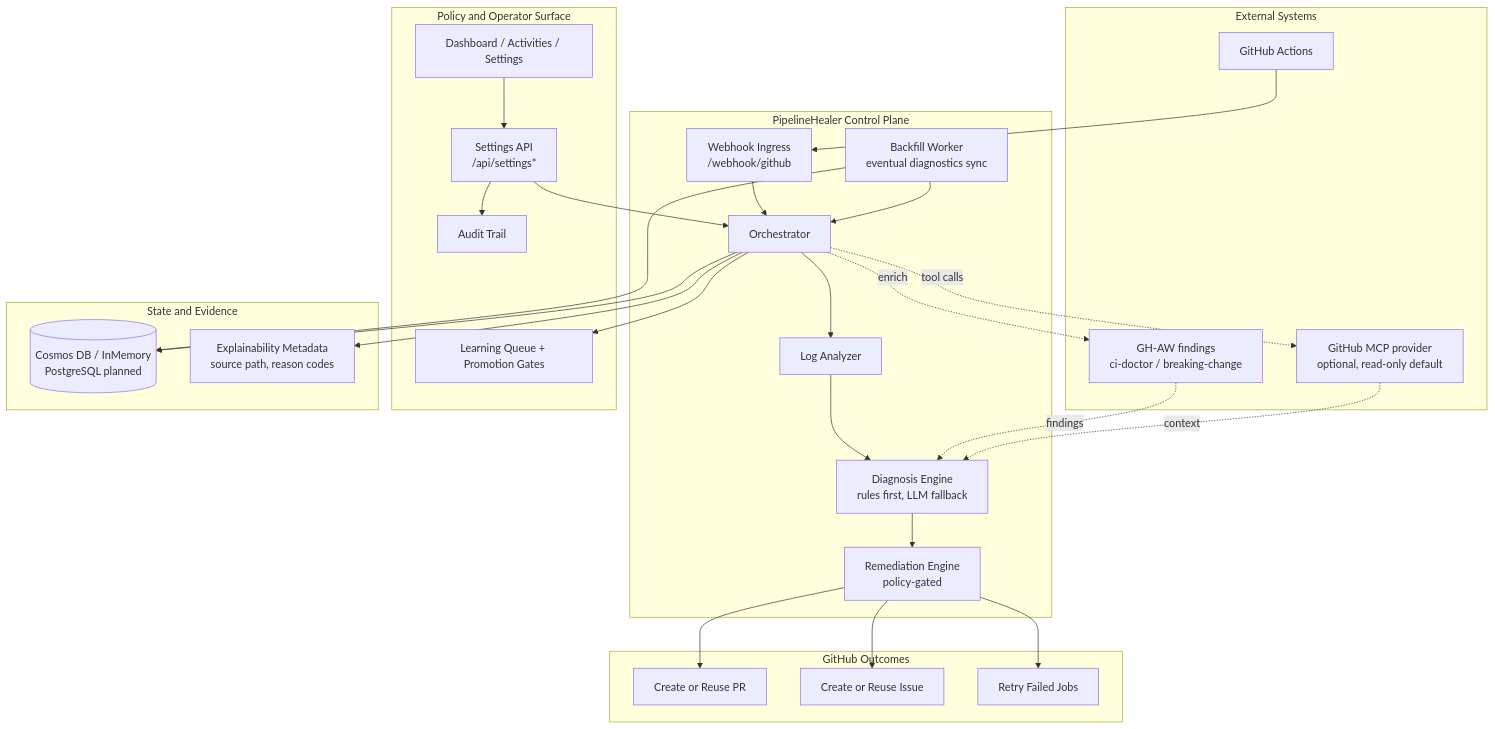
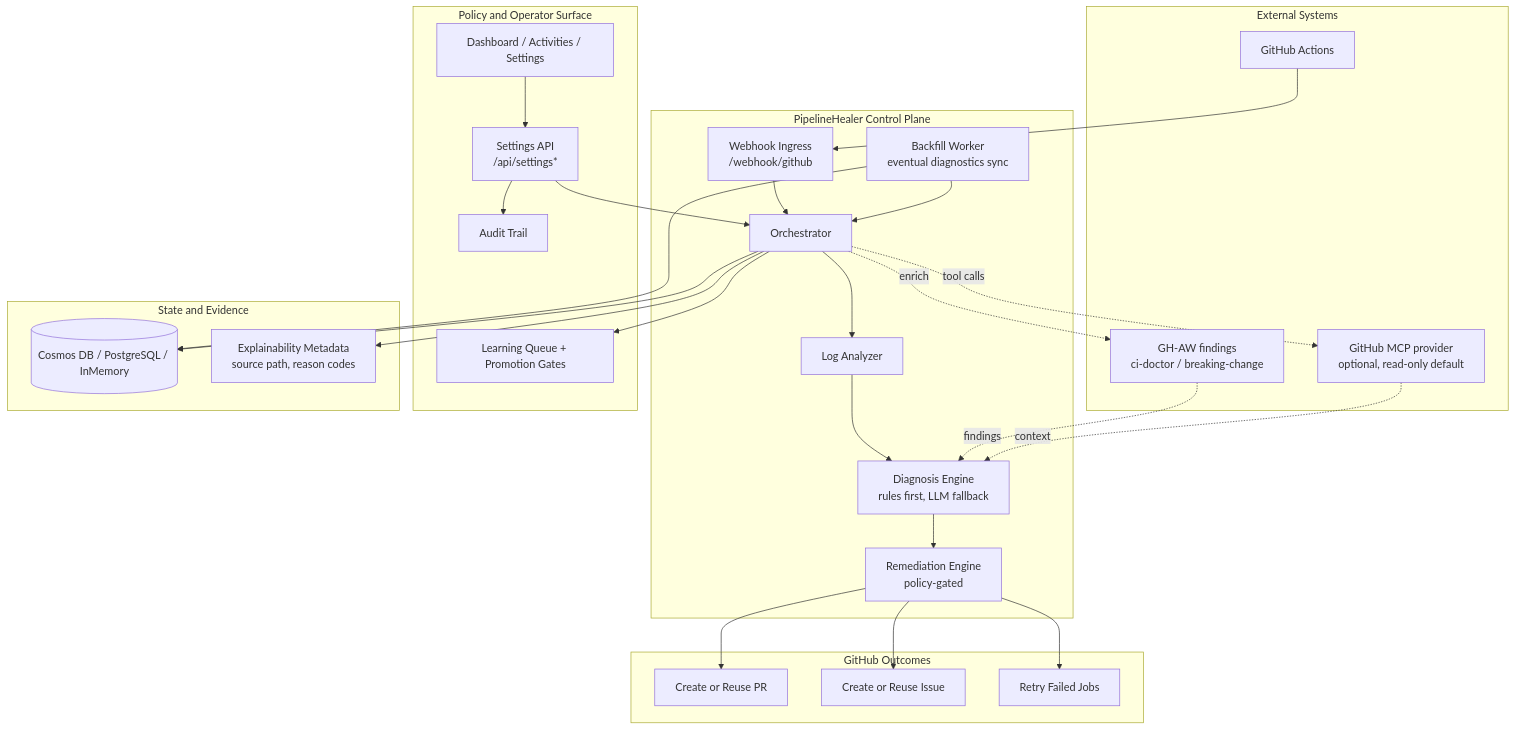
The first of 2 diagrams in README.md (Canepro/pipelinehealer), drawn with Mermaid before and after one commit. The commit also changed other lines of this file and 14 other files, not shown here.

````diff
--- a/README.md
+++ b/README.md
@@ -196,54 +198,54 @@
 ```mermaid
 flowchart TB
   subgraph EXT["External Systems"]
     GH["GitHub Actions"]
     GHAW["GH-AW findings<br/>ci-doctor / breaking-change"]
     MCP["GitHub MCP provider<br/>optional, read-only default"]
   end
 
   subgraph CTRL["PipelineHealer Control Plane"]
     WH["Webhook Ingress<br/>/webhook/github"]
     ORCH["Orchestrator"]
     ANA["Log Analyzer"]
     DIA["Diagnosis Engine<br/>rules first, LLM fallback"]
     REM["Remediation Engine<br/>policy-gated"]
     BF["Backfill Worker<br/>eventual diagnostics sync"]
   end
 
   subgraph GOV["Policy and Operator Surface"]
     UI["Dashboard / Activities / Settings"]
     API["Settings API<br/>/api/settings*"]
     AUD["Audit Trail"]
     LRN["Learning Queue + Promotion Gates"]
   end
 
   subgraph DATA["State and Evidence"]
-    DB[("Cosmos DB / InMemory<br/>PostgreSQL planned")]
+    DB[("Cosmos DB / PostgreSQL / InMemory")]
     EXP["Explainability Metadata<br/>source path, reason codes"]
   end
 
   subgraph OUT["GitHub Outcomes"]
     PR["Create or Reuse PR"]
     IS["Create or Reuse Issue"]
     RR["Retry Failed Jobs"]
   end
 
   GH --> WH --> ORCH
   ORCH --> ANA --> DIA --> REM
   REM --> PR
   REM --> IS
   REM --> RR
 
   ORCH -. enrich .-> GHAW
   GHAW -. findings .-> DIA
   ORCH -. tool calls .-> MCP
   MCP -. context .-> DIA
 
   UI --> API --> ORCH
   API --> AUD
   ORCH --> LRN
   BF --> ORCH
   BF --> DB
   ORCH --> DB
   ORCH --> EXP
 ```
````
